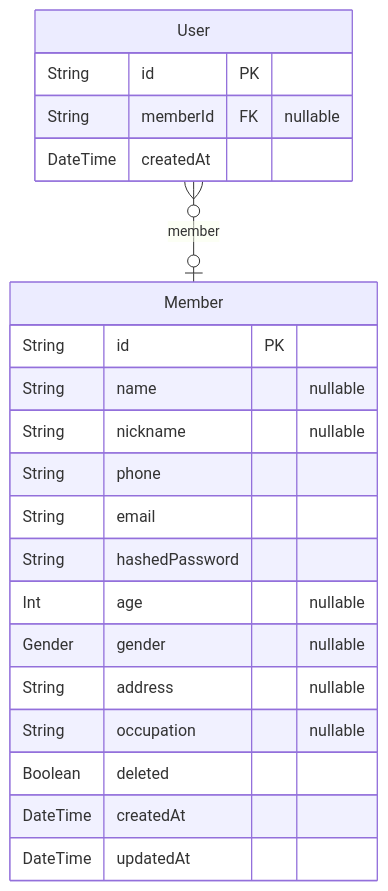
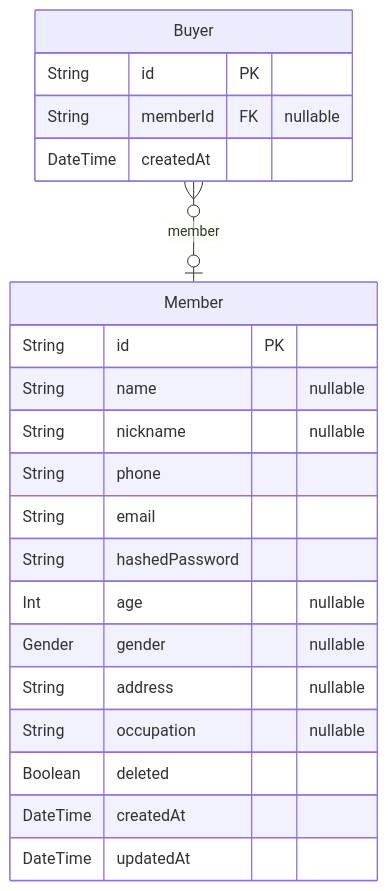
Before and after one commit to kakasoo/nestia-commerce: the first of 2 diagrams in prisma/ERD.md, drawn with Mermaid. The commit also changed other lines of this file and 1 other file, not shown here.

Commit message:
chore : change `user` variable name to `buyer`

````diff
--- a/prisma/ERD.md
+++ b/prisma/ERD.md
@@ -8,24 +8,24 @@
 ```mermaid
 erDiagram
-"User" {
+"Buyer" {
   String id PK
   String memberId FK "nullable"
   DateTime createdAt
 }
 "Member" {
   String id PK
   String name "nullable"
   String nickname "nullable"
   String phone
   String email
   String hashedPassword
   Int age "nullable"
   Gender gender "nullable"
   String address "nullable"
   String occupation "nullable"
   Boolean deleted
   DateTime createdAt
   DateTime updatedAt
 }
-"User" }o--o| "Member" : member
+"Buyer" }o--o| "Member" : member
 ```
````
